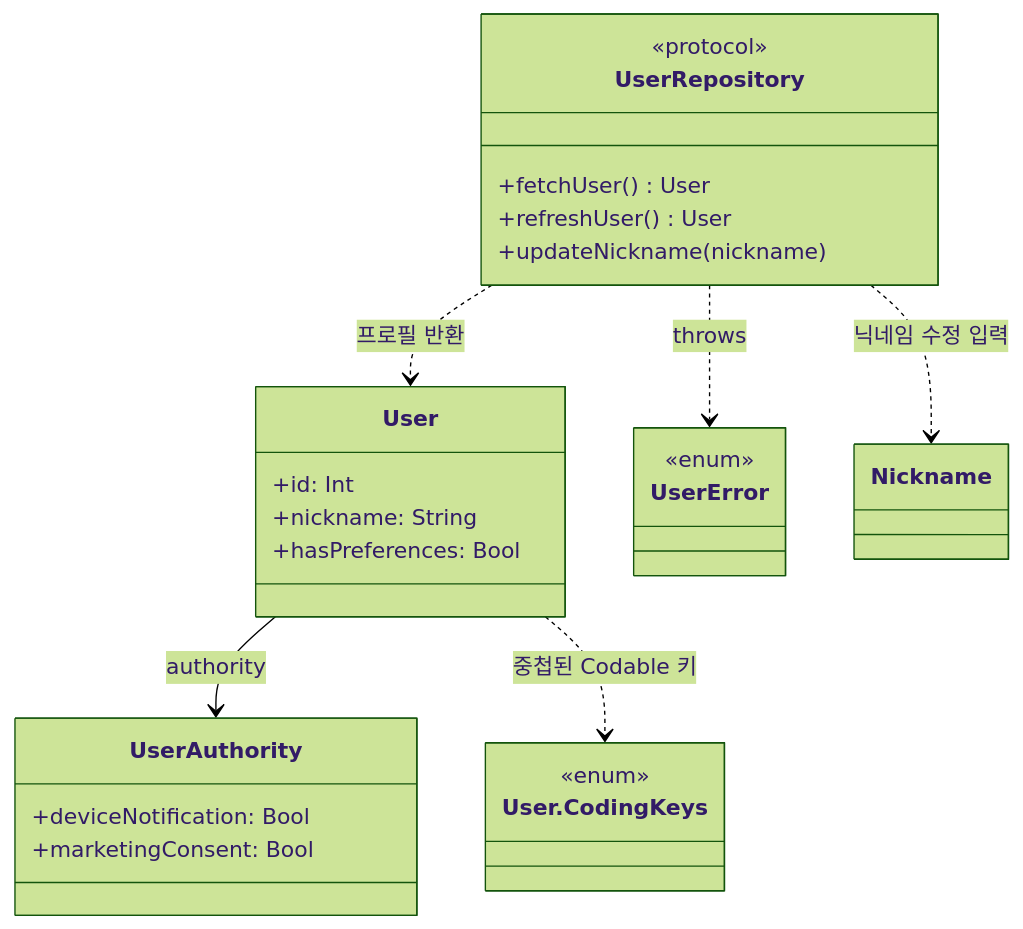
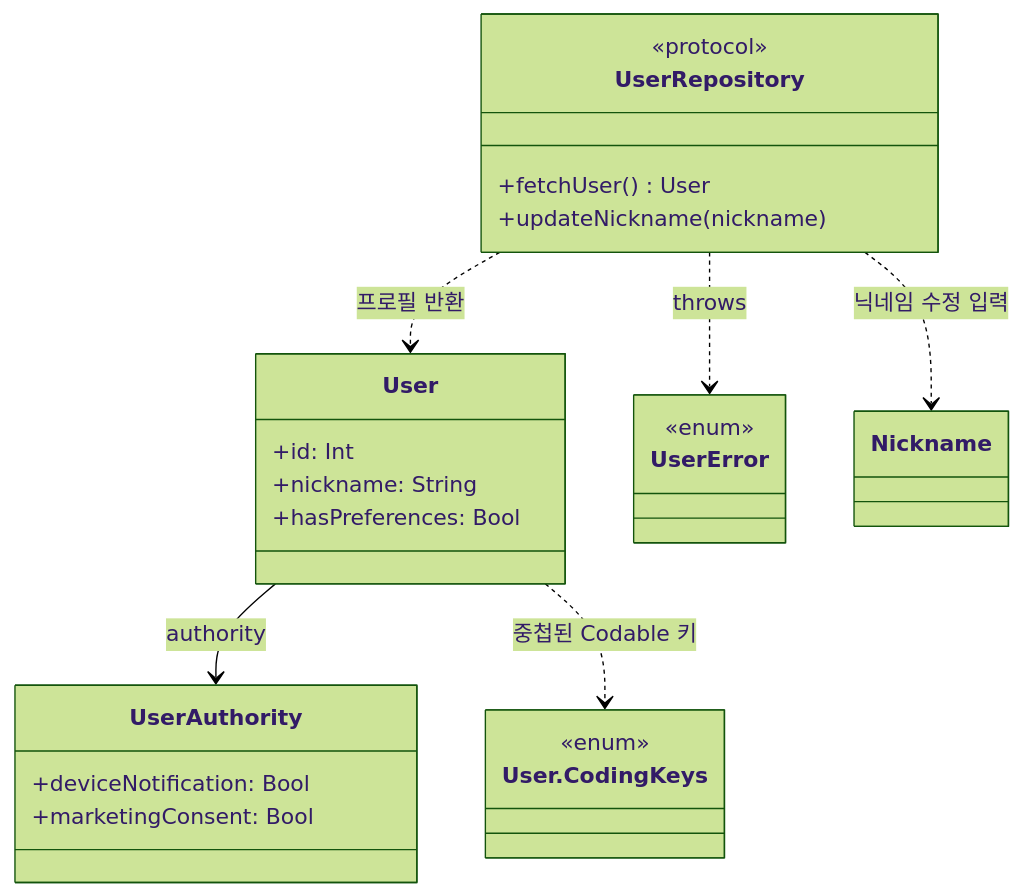
Before and after one commit to mediunn/Livith-iOS: the second of 11 diagrams in Projects/Domain/README.md, drawn with Mermaid (forest theme). The commit also changed 16 other files, not shown here.

````diff
--- a/Projects/Domain/README.md
+++ b/Projects/Domain/README.md
@@ -99,30 +99,29 @@
 ```mermaid
 classDiagram
     class UserRepository {
         <<protocol>>
         +fetchUser() User
-        +refreshUser() User
         +updateNickname(nickname)
     }
     class User {
         +id: Int
         +nickname: String
         +hasPreferences: Bool
     }
     class UserAuthority {
         +deviceNotification: Bool
         +marketingConsent: Bool
     }
     class UserCodingKeys["User.CodingKeys"]
     <<enum>> UserCodingKeys
     class UserError {
         <<enum>>
     }
     class Nickname
 
     UserRepository ..> User : 프로필 반환
     UserRepository ..> Nickname : 닉네임 수정 입력
     UserRepository ..> UserError : throws
     User --> UserAuthority : authority
     User ..> UserCodingKeys : 중첩된 Codable 키
 ```
````
